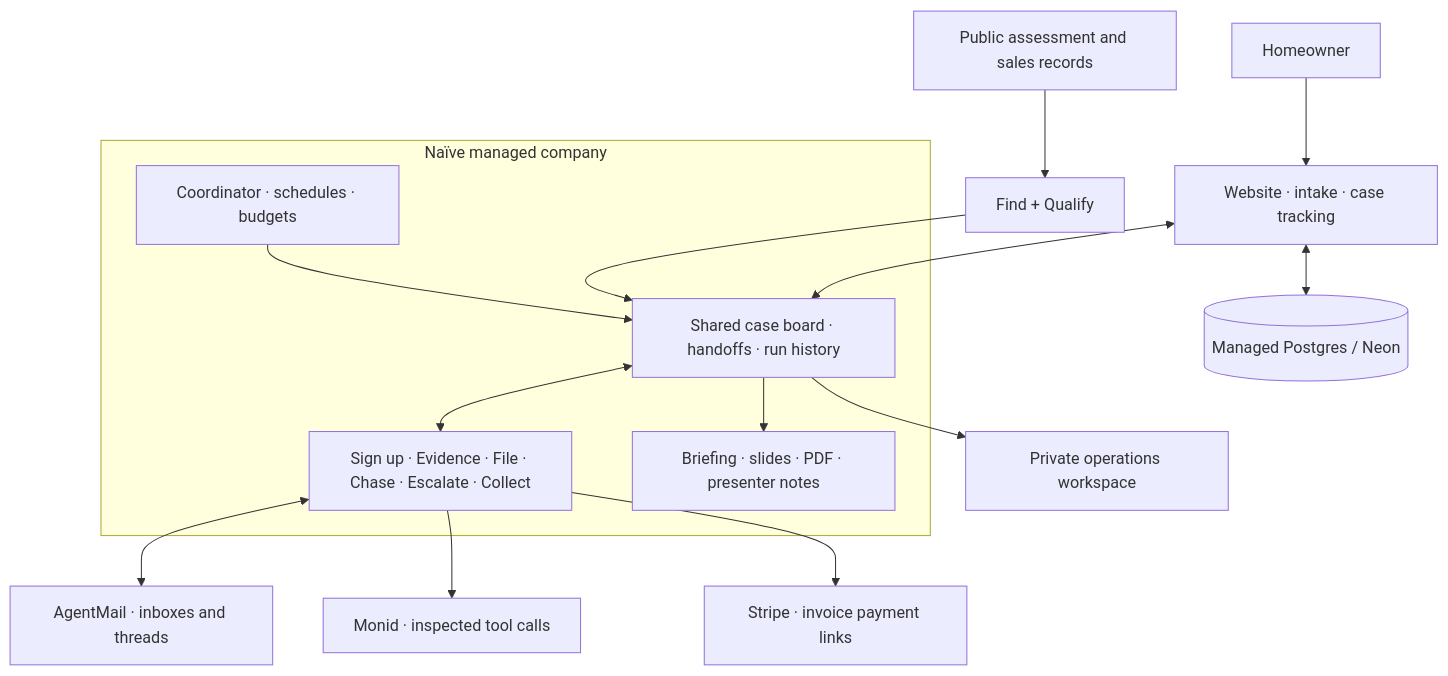
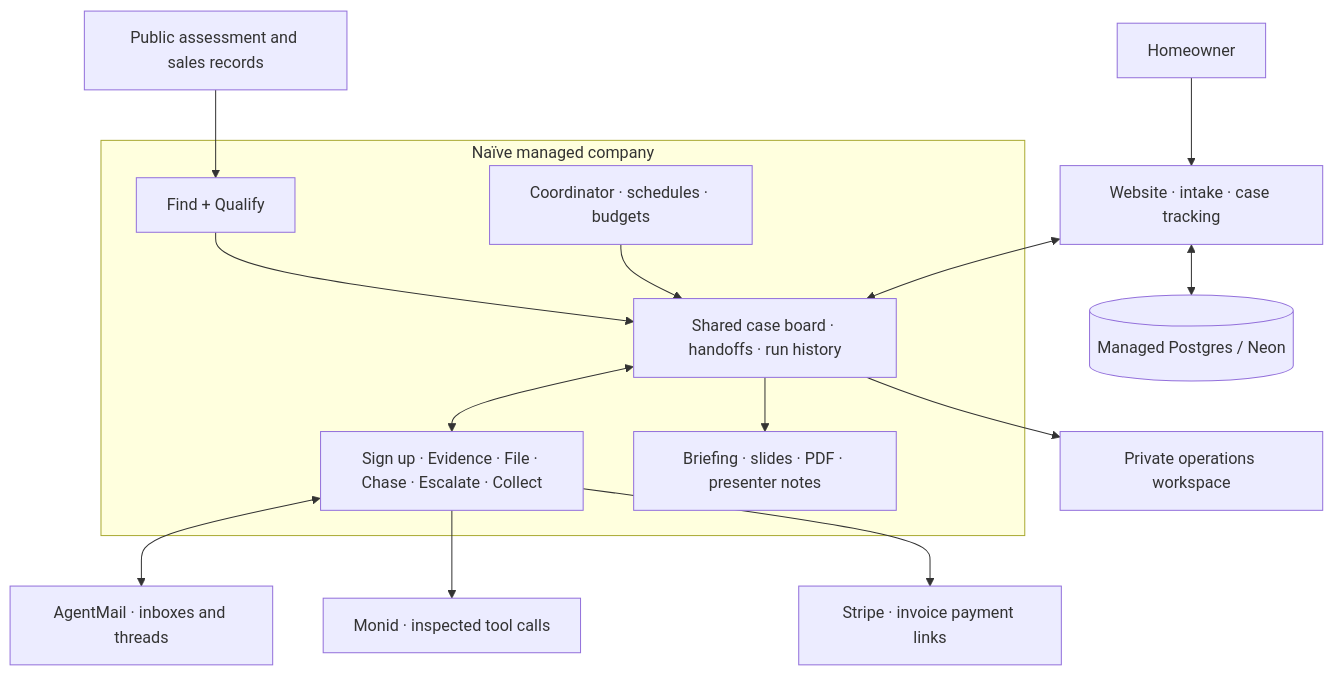
Before and after one commit to SmaranKudapa/claimos: the diagram in README.md, drawn with Mermaid.

Commit message:
docs: show research agents inside the Naïve runtime

````diff
--- a/README.md
+++ b/README.md
@@ -80,23 +80,25 @@
 ```mermaid
 flowchart TB
     Owner["Homeowner"] --> Site["Website · intake · case tracking"]
-    Records["Public assessment and sales records"] --> Find["Find + Qualify"]
+    Records["Public assessment and sales records"]
 
     subgraph Company["Naïve managed company"]
+        Find["Find + Qualify"]
         Coordinator["Coordinator · schedules · budgets"]
         Board["Shared case board · handoffs · run history"]
         Desks["Sign up · Evidence · File · Chase · Escalate · Collect"]
         Briefing["Briefing · slides · PDF · presenter notes"]
         Coordinator --> Board
         Board <--> Desks
         Board --> Briefing
     end
 
     Site <--> Board
+    Records --> Find
     Find --> Board
     Desks <--> Mail["AgentMail · inboxes and threads"]
     Desks --> Tools["Monid · inspected tool calls"]
     Desks --> Pay["Stripe · invoice payment links"]
     Board --> Ops["Private operations workspace"]
     Site <--> DB[("Managed Postgres / Neon")]
 ```
````
